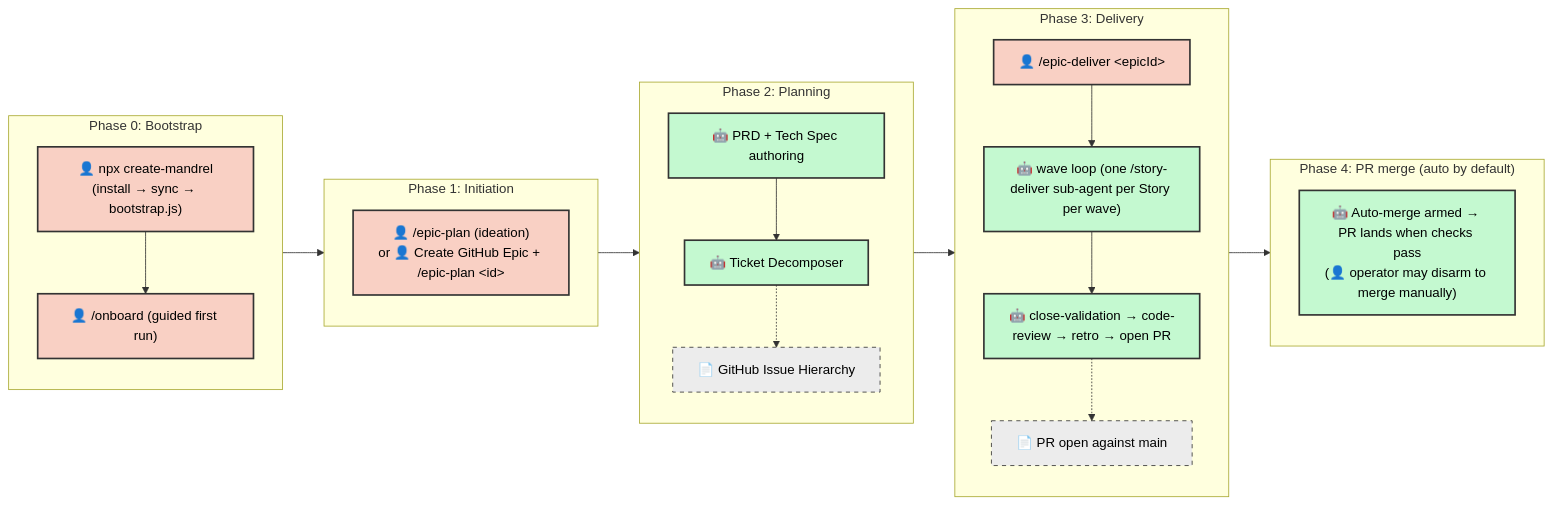
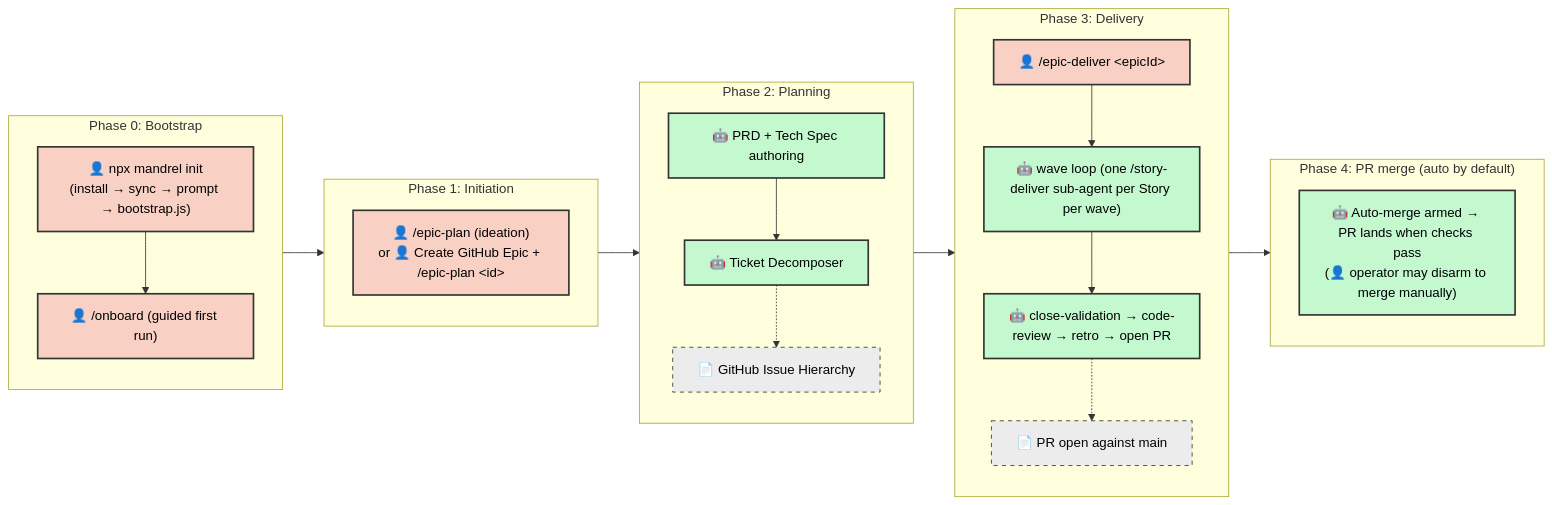
The diagram in .agents/docs/SDLC.md (dsj1984/mandrel), drawn with Mermaid before and after one commit. The commit also changed other lines of this file and 5 other files, not shown here.

First line of the commit message:
feat(cli): add `mandrel init` one-command cold start (refs #3975) (#3976)

````diff
--- a/.agents/docs/SDLC.md
+++ b/.agents/docs/SDLC.md
@@ -220,45 +220,45 @@
 ```mermaid
 graph LR
     classDef manual fill:#f9d0c4,stroke:#333,stroke-width:2px,color:#000;
     classDef agentic fill:#c4f9d0,stroke:#333,stroke-width:2px,color:#000;
     classDef artifact fill:#ececec,stroke:#333,stroke-width:1px,stroke-dasharray: 5 5,color:#000;
 
     subgraph Phase0 ["Phase 0: Bootstrap"]
         direction TB
-        Z["👤 npx create-mandrel<br/>(install → sync → bootstrap.js)"]:::manual
+        Z["👤 npx mandrel init<br/>(install → sync → prompt → bootstrap.js)"]:::manual
         Z2["👤 /onboard (guided first run)"]:::manual
         Z --> Z2
     end
 
     subgraph Phase1 ["Phase 1: Initiation"]
         direction TB
         A["👤 /epic-plan (ideation)<br/>or 👤 Create GitHub Epic + /epic-plan &lt;id&gt;"]:::manual
     end
 
     subgraph Phase2 ["Phase 2: Planning"]
         direction TB
         C["🤖 PRD + Tech Spec authoring"]:::agentic
         D["🤖 Ticket Decomposer"]:::agentic
         C --> D
         D -.-> D_Art["📄 GitHub Issue Hierarchy"]:::artifact
     end
 
     subgraph Phase3 ["Phase 3: Delivery"]
         direction TB
         E["👤 /epic-deliver &lt;epicId&gt;"]:::manual
         F["🤖 wave loop (one /story-deliver sub-agent per Story per wave)"]:::agentic
         G["🤖 close-validation → code-review → retro → open PR"]:::agentic
         E --> F --> G
         G -.-> G_Art["📄 PR open against main"]:::artifact
     end
 
     subgraph Phase4 ["Phase 4: PR merge (auto by default)"]
         direction TB
         H["🤖 Auto-merge armed → PR lands when checks pass<br/>(👤 operator may disarm to merge manually)"]:::agentic
     end
 
     Z2 --> A
     A --> C
     D --> E
     G --> H
 ```
````
